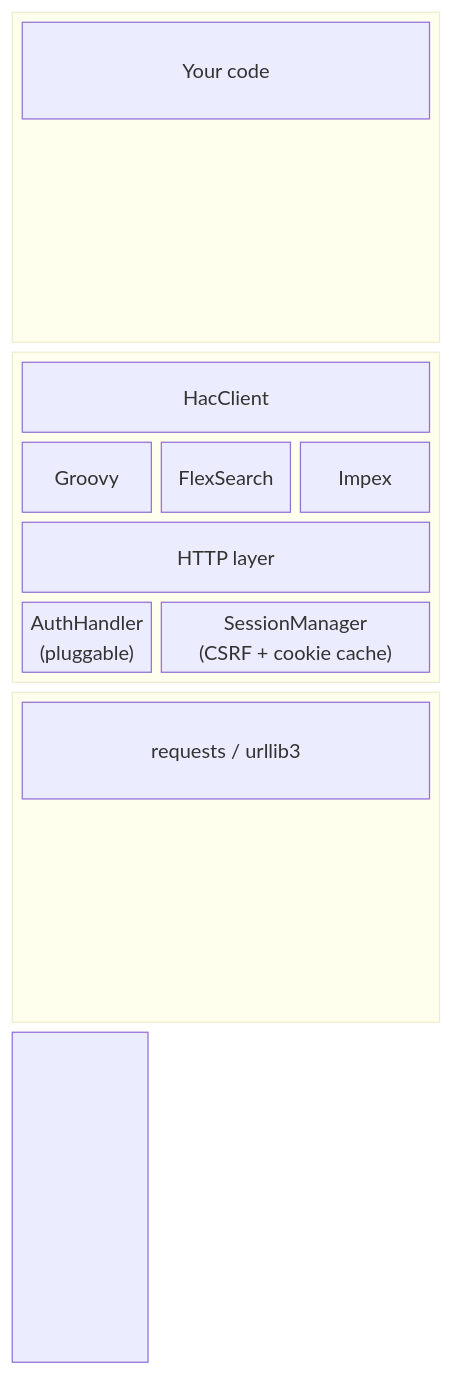
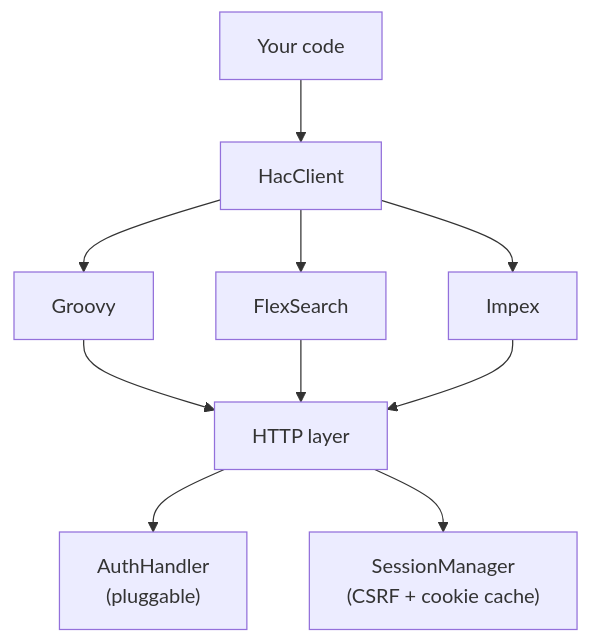
One commit to SapCommerceTools/hac-client-core changed the diagram in docs/index.md. Above: the diagram before and after it, drawn with Mermaid.

Commit message:
Fix docs workflow branch, simplify architecture diagram

````diff
--- a/docs/index.md
+++ b/docs/index.md
@@ -41,24 +41,10 @@
 ```mermaid
-block-beta
-  columns 3
-
-  block:app:3
-    columns 3
-    A["Your code"]:3
-  end
-
-  block:client:3
-    columns 3
-    B["HacClient"]:3
-    C["Groovy"] D["FlexSearch"] E["Impex"]
-    F["HTTP layer"]:3
-    G["AuthHandler\n(pluggable)"] H["SessionManager\n(CSRF + cookie cache)"]:2
-  end
-
-  block:transport:3
-    columns 3
-    I["requests / urllib3"]:3
-  end
-
-  app --> client --> transport
+graph TD
+    A["Your code"] --> B["HacClient"]
+    B --> C["Groovy"]
+    B --> D["FlexSearch"]
+    B --> E["Impex"]
+    C & D & E --> F["HTTP layer"]
+    F --> G["AuthHandler\n(pluggable)"]
+    F --> H["SessionManager\n(CSRF + cookie cache)"]
 ```
````
